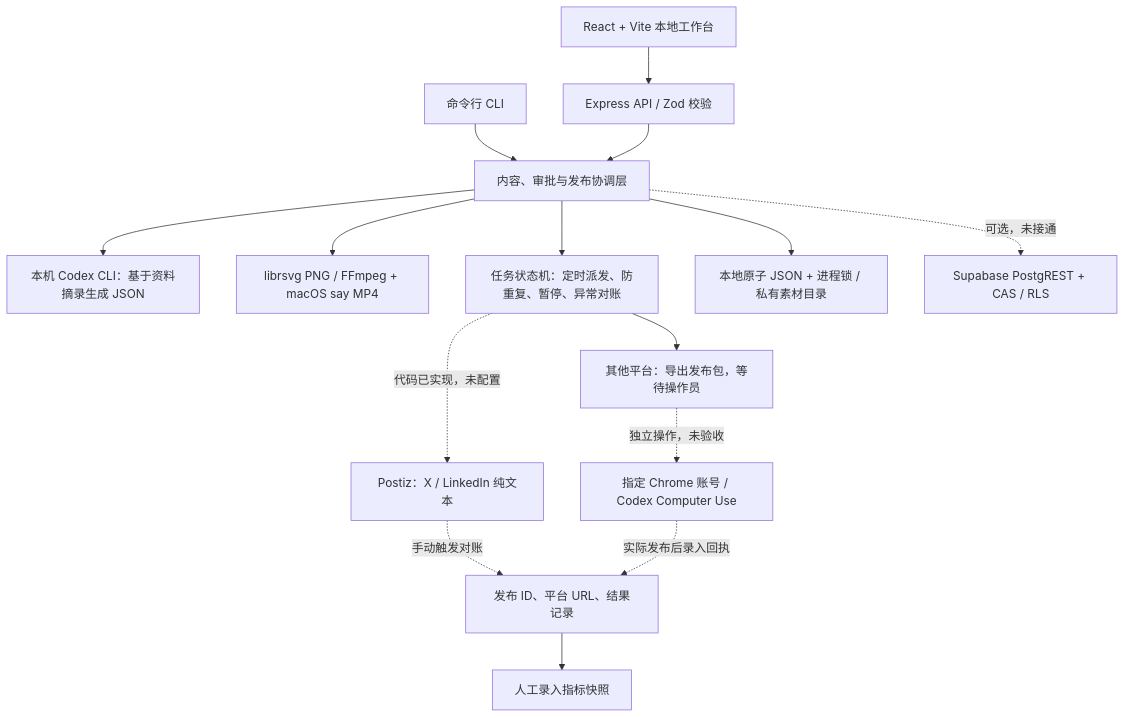
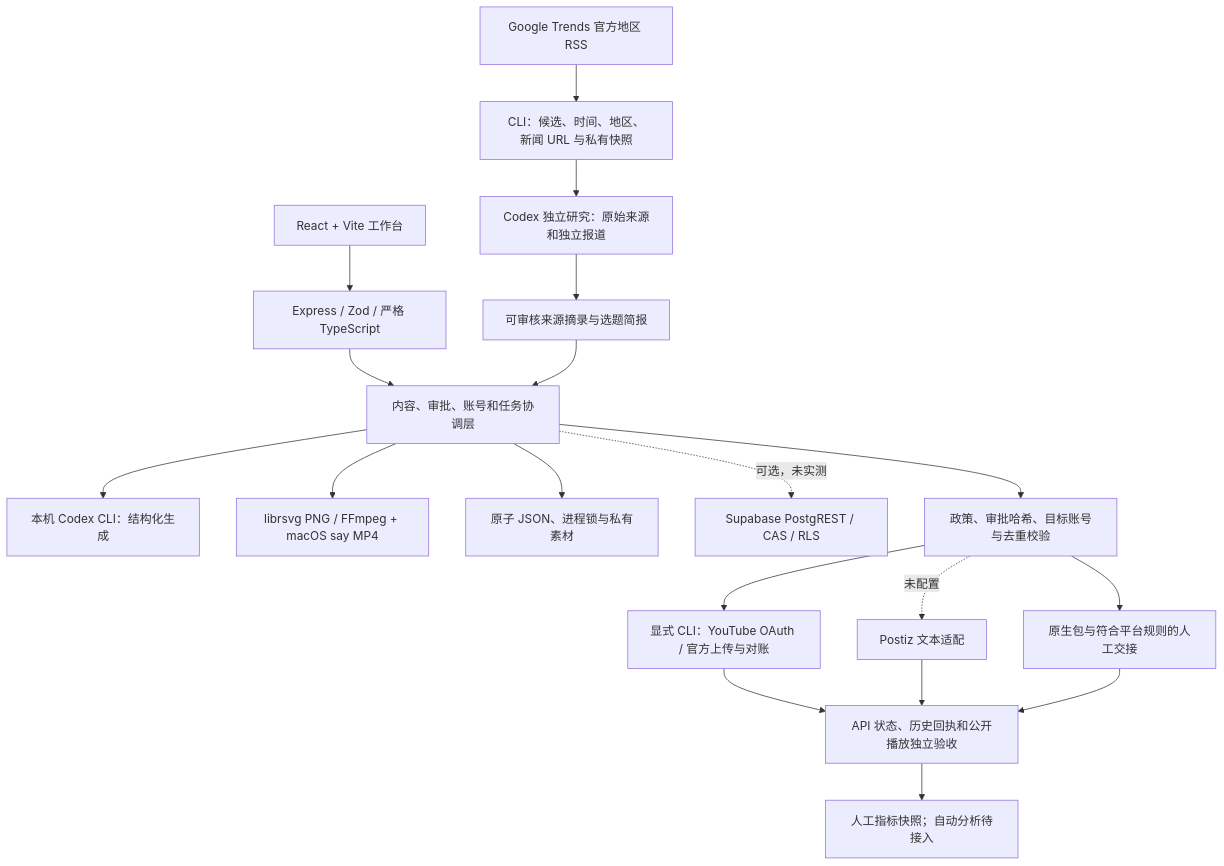
The diagram in docs/progress-and-architecture.zh-CN.md (wingxking/content-studio), drawn with Mermaid before and after one commit. The commit also changed other lines of this file and 11 other files, not shown here.

````diff
--- a/docs/progress-and-architecture.zh-CN.md
+++ b/docs/progress-and-architecture.zh-CN.md
@@ -34,17 +35,21 @@
 ```mermaid
 flowchart TB
-  UI["React + Vite 本地工作台"] --> API["Express API / Zod 校验"]
-  CLI["命令行 CLI"] --> CORE["内容、审批与发布协调层"]
-  API --> CORE
-  CORE --> GEN["本机 Codex CLI：基于资料摘录生成 JSON"]
+  RSS["Google Trends 官方地区 RSS"] --> DISC["CLI：候选、时间、地区、新闻 URL 与私有快照"]
+  DISC --> RESEARCH["Codex 独立研究：原始来源和独立报道"]
+  RESEARCH --> BRIEF["可审核来源摘录与选题简报"]
+  UI["React + Vite 工作台"] --> API["Express / Zod / 严格 TypeScript"]
+  API --> CORE["内容、审批、账号和任务协调层"]
+  BRIEF --> CORE
+  CORE --> GEN["本机 Codex CLI：结构化生成"]
   CORE --> MEDIA["librsvg PNG / FFmpeg + macOS say MP4"]
-  CORE --> QUEUE["任务状态机：定时派发、防重复、暂停、异常对账"]
-  CORE --> LOCAL["本地原子 JSON + 进程锁 / 私有素材目录"]
-  CORE -. "可选，未接通" .-> SB["Supabase PostgREST + CAS / RLS"]
-  QUEUE -. "代码已实现，未配置" .-> POSTIZ["Postiz：X / LinkedIn 纯文本"]
-  QUEUE --> PACKAGE["其他平台：导出发布包，等待操作员"]
-  PACKAGE -. "独立操作，未验收" .-> CHROME["指定 Chrome 账号 / Codex Computer Use"]
-  POSTIZ -. "手动触发对账" .-> RESULT["发布 ID、平台 URL、结果记录"]
-  CHROME -. "实际发布后录入回执" .-> RESULT
-  RESULT --> METRICS["人工录入指标快照"]
+  CORE --> STORE["原子 JSON、进程锁与私有素材"]
+  CORE -. "可选，未实测" .-> SB["Supabase PostgREST / CAS / RLS"]
+  CORE --> POLICY["政策、审批哈希、目标账号与去重校验"]
+  POLICY --> YT["显式 CLI：YouTube OAuth / 官方上传与对账"]
+  POLICY -. "未配置" .-> POSTIZ["Postiz 文本适配"]
+  POLICY --> HUMAN["原生包与符合平台规则的人工交接"]
+  YT --> RESULT["API 状态、历史回执和公开播放独立验收"]
+  POSTIZ --> RESULT
+  HUMAN --> RESULT
+  RESULT --> METRICS["人工指标快照；自动分析待接入"]
 ```
````
